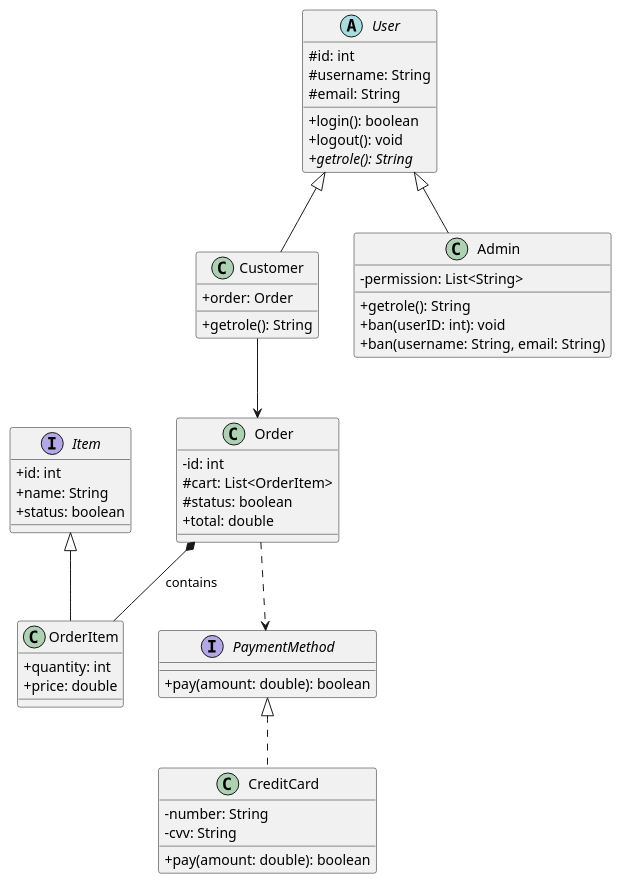
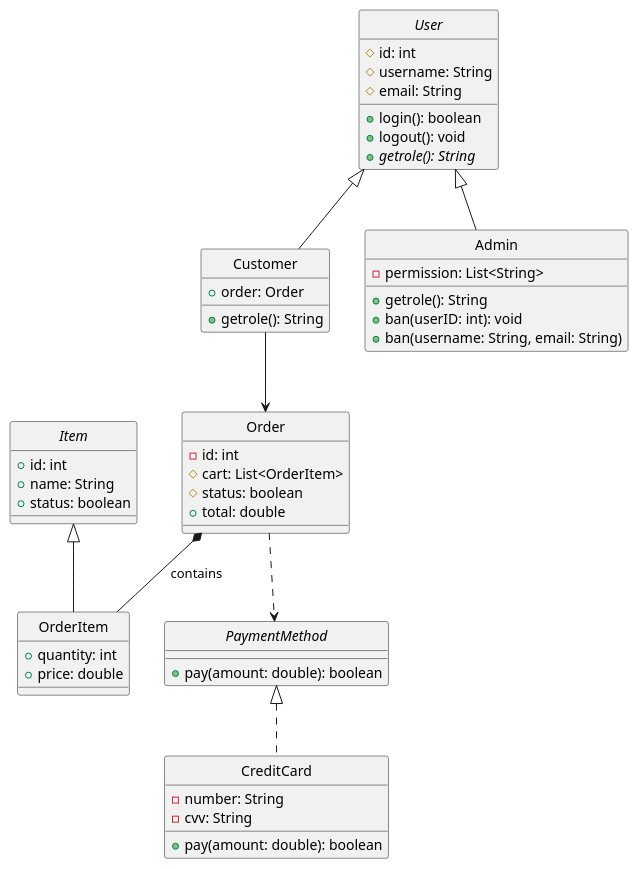
Before and after one commit to kuranne/practic: the diagram in other/PlantUML/classDiagram.puml, drawn with PlantUML. The commit also changed 3 other files, not shown here.

```diff
--- a/other/PlantUML/classDiagram.puml
+++ b/other/PlantUML/classDiagram.puml
@@ -1,62 +1,62 @@
 @startuml
-skinparam classAttributeIconSize 0
+hide circle
 
 interface PaymentMethod {
     +pay(amount: double): boolean
 }
 
 interface Item {
     +id: int 
     +name: String 
     +status: boolean
 }
 
 abstract class User {
     #id: int 
     #username: String 
     #email: String 
     +login(): boolean
     +logout(): void 
     {abstract} +getrole(): String 
 }
 
 class Customer {
     +order: Order 
     +getrole(): String 
 }
 
 class Admin {
     -permission: List<String>
     +getrole(): String 
     +ban(userID: int): void
     +ban(username: String, email: String)
 }
 
 class OrderItem {
     +quantity: int 
     +price: double
 }
 
 class Order {
     -id: int
     #cart: List<OrderItem>
     #status: boolean
     +total: double
 }
 
 class CreditCard {
     -number: String 
     -cvv: String 
     +pay(amount: double): boolean
 }
 
 User <|-- Customer 
 User <|-- Admin
 Item <|-- OrderItem
 PaymentMethod <|.. CreditCard
 
 Customer --> Order
 Order *-- OrderItem : contains
 Order ..> PaymentMethod
 
 @enduml
```
